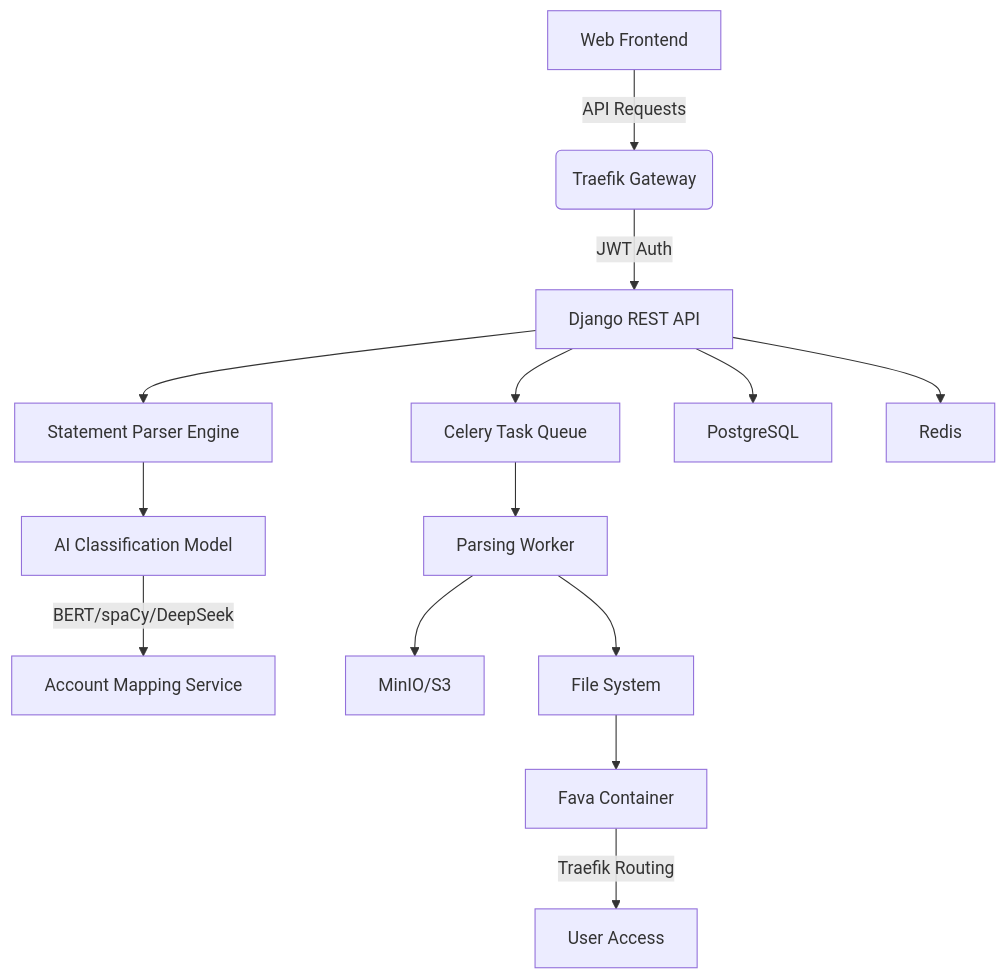
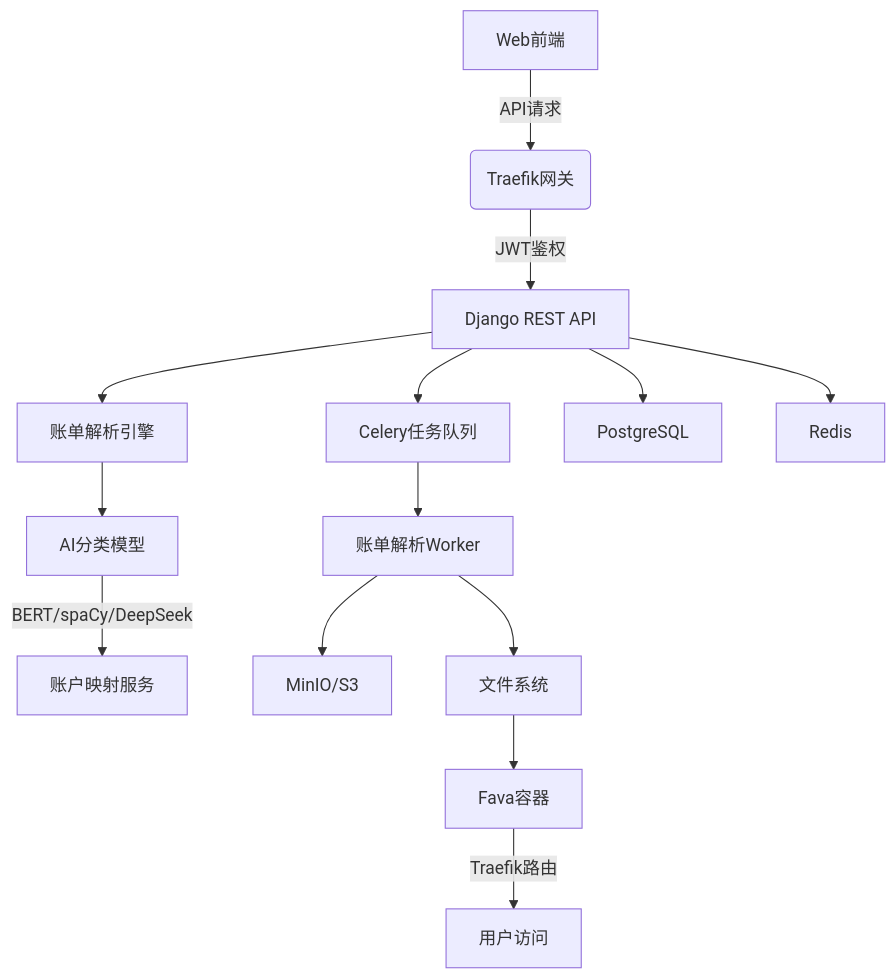
The first of 2 diagrams in README.md (dhr2333/Beancount-Trans), drawn with Mermaid before and after one commit. The commit also changed other lines of this file and 2 other files, not shown here.

````diff
--- a/README.md
+++ b/README.md
@@ -37,16 +38,16 @@
 ```mermaid
 graph TD
-    A[Web Frontend] -->|API Requests| B(Traefik Gateway)
-    B -->|JWT Auth| C[Django REST API]
-    C --> D[Statement Parser Engine]
-    D --> E[AI Classification Model]
-    E -->|BERT/spaCy/DeepSeek| F[Account Mapping Service]
-    C --> G[Celery Task Queue]
-    G --> H[Parsing Worker]
+    A[Web前端] -->|API请求| B(Traefik网关)
+    B -->|JWT鉴权| C[Django REST API]
+    C --> D[账单解析引擎]
+    D --> E[AI分类模型]
+    E -->|BERT/spaCy/DeepSeek| F[账户映射服务]
+    C --> G[Celery任务队列]
+    G --> H[账单解析Worker]
     H --> I[MinIO/S3]
-    H --> J[File System]
-    J --> K[Fava Container]
+    H --> J[文件系统]
+    J --> K[Fava容器]
     C --> L[PostgreSQL]
     C --> M[Redis]
-    K -->|Traefik Routing| N[User Access]
+    K -->|Traefik路由| N[用户访问]
 ```
````
